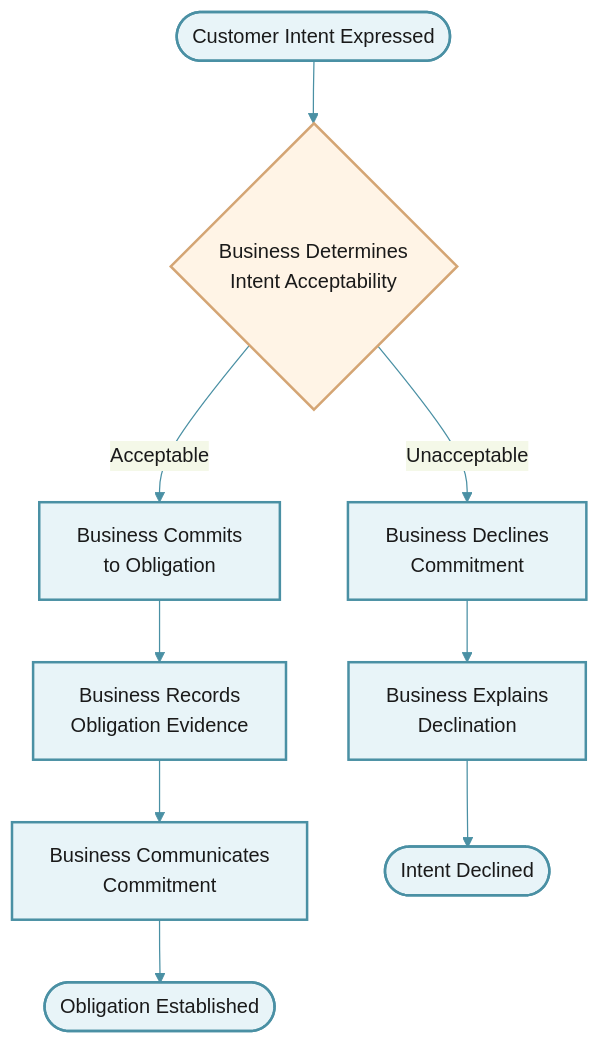
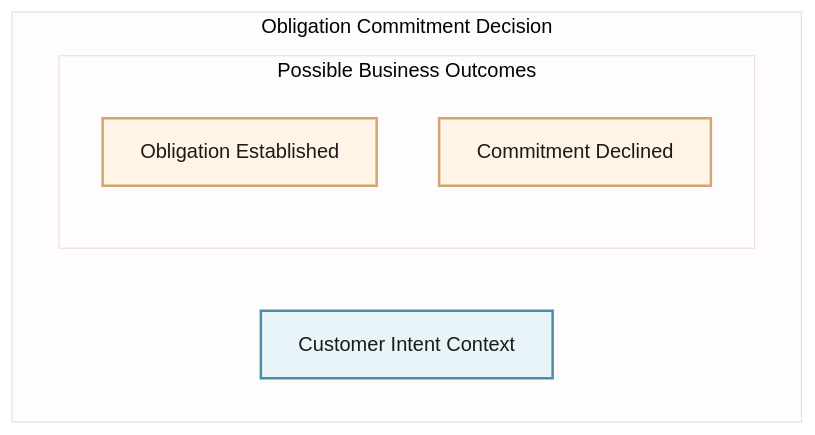
One commit to Evilazaro/Azure-LogicApps-Monitoring changed the fourth of 8 diagrams in docs/architecture/01-business-architecture.md. Above: the diagram before and after it, drawn with Mermaid. The commit also changed other lines of this file, not shown here.

Commit message:
Refactor Business Architecture document: update business processes to decision models, clarify decision contexts, and enhance outcome definitions

````diff
--- a/docs/architecture/01-business-architecture.md
+++ b/docs/architecture/01-business-architecture.md
@@ -306,18 +317,18 @@
 ```mermaid
 %%{init: {'theme':'base', 'themeVariables': {'primaryColor':'#e8f4f8','primaryTextColor':'#1a1a1a','primaryBorderColor':'#4a90a4','lineColor':'#4a90a4'}}}%%
-flowchart TB
-    Start([Customer Intent Expressed]) --> Accept{Business Determines<br/>Intent Acceptability}
-    Accept -->|Acceptable| Commit[Business Commits<br/>to Obligation]
-    Accept -->|Unacceptable| Decline[Business Declines<br/>Commitment]
-    Commit --> Record[Business Records<br/>Obligation Evidence]
-    Record --> Inform[Business Communicates<br/>Commitment]
-    Inform --> End([Obligation Established])
-    Decline --> Explain[Business Explains<br/>Declination]
-    Explain --> End2([Intent Declined])
-
-    classDef process fill:#e8f4f8,stroke:#4a90a4,stroke-width:2px,color:#1a1a1a
-    classDef decision fill:#fff4e6,stroke:#d4a574,stroke-width:2px,color:#1a1a1a
-
-    class Start,Commit,Record,Inform,End,Decline,Explain,End2 process
-    class Accept decision
+graph TB
+    subgraph Decision["Obligation Commitment Decision"]
+        Intent[Customer Intent Context]
+        
+        subgraph Outcomes["Possible Business Outcomes"]
+            Commit[Obligation Established]
+            Decline[Commitment Declined]
+        end
+    end
+    
+    classDef context fill:#e8f4f8,stroke:#4a90a4,stroke-width:2px,color:#1a1a1a
+    classDef outcome fill:#fff4e6,stroke:#d4a574,stroke-width:2px,color:#1a1a1a
+    
+    class Intent context
+    class Commit,Decline outcome
 ```
````
